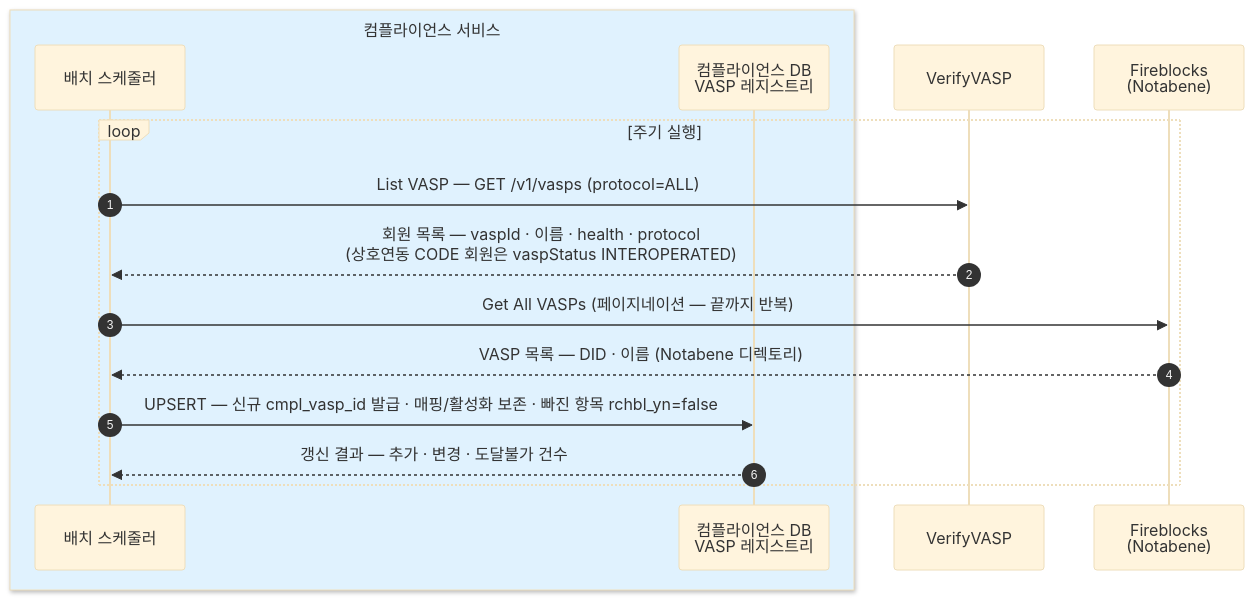
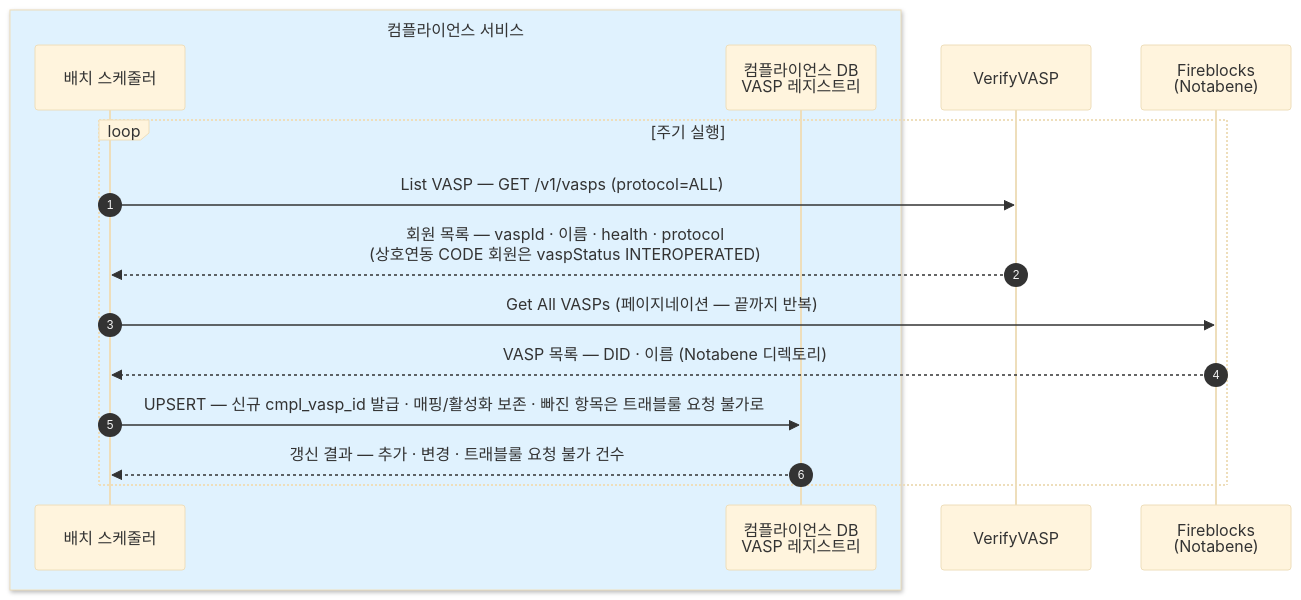
One commit to eunsujeo/eunpus changed the second of 5 diagrams in blockchain-manager/docs/컴플라이언스/설계/01-interface.md. Above: the diagram before and after it, drawn with Mermaid (base theme). The commit also changed other lines of this file and 25 other files, not shown here.

First line of the commit message:
컴플라이언스·온보딩 정리 — 코어 명칭 DAW-CORE 통일 + 출금 확인 비동기 통일 + 다이어그램 보강

````diff
--- a/blockchain-manager/docs/컴플라이언스/설계/01-interface.md
+++ b/blockchain-manager/docs/컴플라이언스/설계/01-interface.md
@@ -79,19 +79,19 @@
 ```mermaid
 sequenceDiagram
     autonumber
     box rgb(224,242,254) 컴플라이언스 서비스
     participant SCH as 배치 스케줄러
     participant DB as 컴플라이언스 DB<br/>VASP 레지스트리
     end
     participant VV as VerifyVASP
     participant FB as Fireblocks<br/>(Notabene)
 
     loop 주기 실행
         SCH->>VV: List VASP — GET /v1/vasps (protocol=ALL)
         VV-->>SCH: 회원 목록 — vaspId · 이름 · health · protocol<br/>(상호연동 CODE 회원은 vaspStatus INTEROPERATED)
         SCH->>FB: Get All VASPs (페이지네이션 — 끝까지 반복)
         FB-->>SCH: VASP 목록 — DID · 이름 (Notabene 디렉토리)
-        SCH->>DB: UPSERT — 신규 cmpl_vasp_id 발급 · 매핑/활성화 보존 · 빠진 항목 rchbl_yn=false
-        DB-->>SCH: 갱신 결과 — 추가 · 변경 · 도달불가 건수
+        SCH->>DB: UPSERT — 신규 cmpl_vasp_id 발급 · 매핑/활성화 보존 · 빠진 항목은 트래블룰 요청 불가로
+        DB-->>SCH: 갱신 결과 — 추가 · 변경 · 트래블룰 요청 불가 건수
     end
 ```
````
